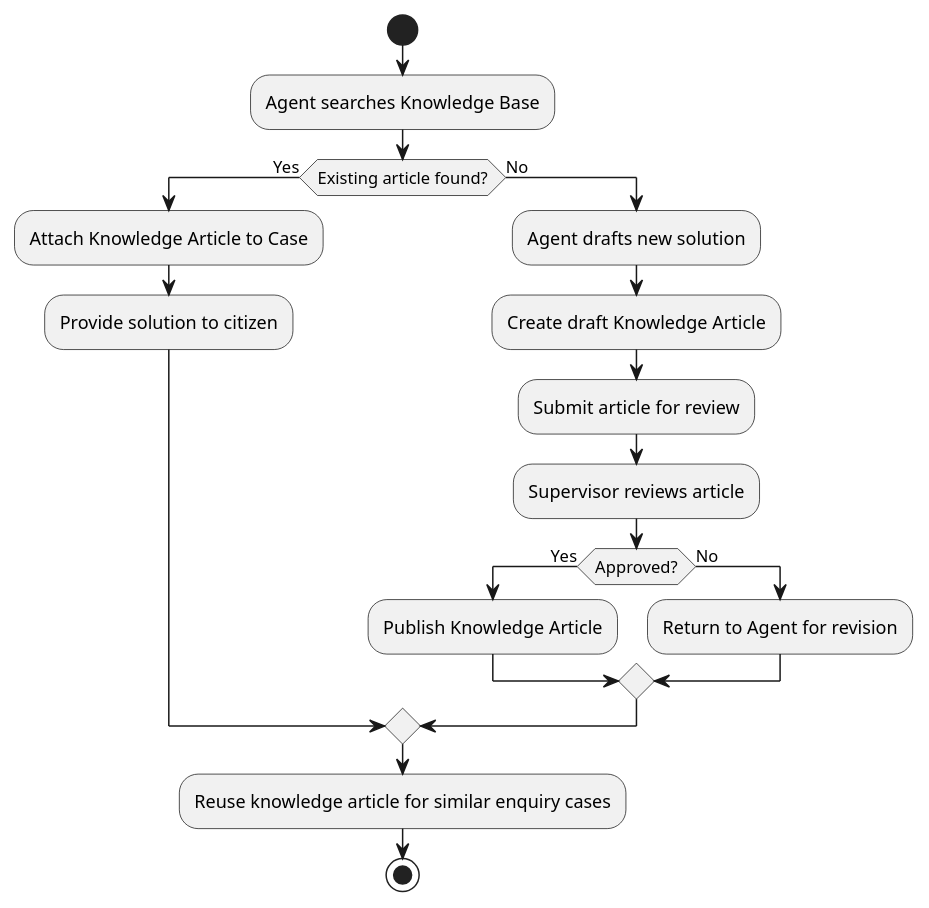
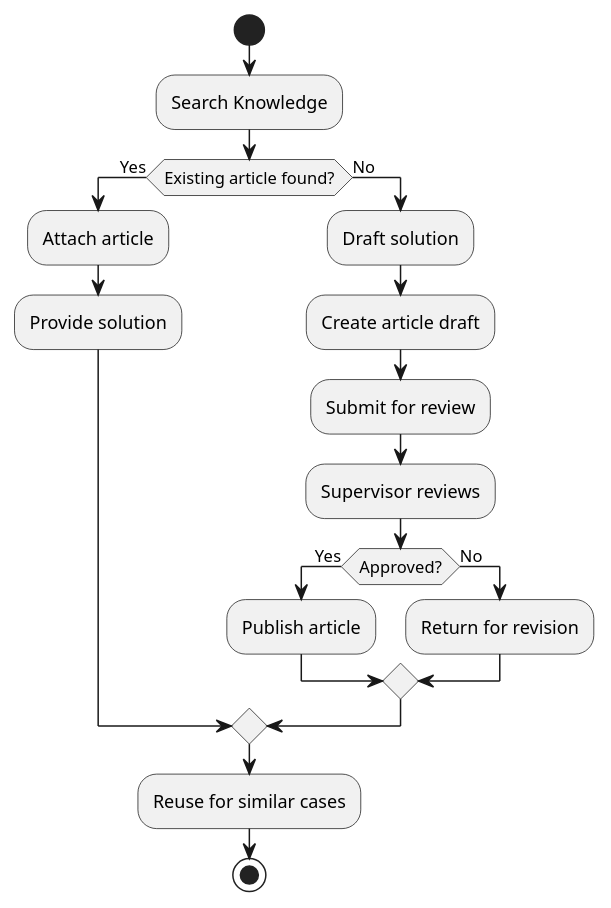
Before and after one commit to jimmytobing/virtusa: the diagram in puml task2/06.04 Knowledge Management Lifecycle.puml, drawn with PlantUML. The commit also changed 29 other files, not shown here.

```diff
--- a/puml task2/06.04 Knowledge Management Lifecycle.puml
+++ b/puml task2/06.04 Knowledge Management Lifecycle.puml
@@ -1,25 +1,25 @@
 @startuml
 start
 
-:Agent searches Knowledge Base;
+:Search Knowledge;
 
 if (Existing article found?) then (Yes)
-  :Attach Knowledge Article to Case;
-  :Provide solution to citizen;
+  :Attach article;
+  :Provide solution;
 else (No)
-  :Agent drafts new solution;
-  :Create draft Knowledge Article;
-  :Submit article for review;
-  :Supervisor reviews article;
+  :Draft solution;
+  :Create article draft;
+  :Submit for review;
+  :Supervisor reviews;
 
   if (Approved?) then (Yes)
-    :Publish Knowledge Article;
+    :Publish article;
   else (No)
-    :Return to Agent for revision;
+    :Return for revision;
   endif
 endif
 
-:Reuse knowledge article for similar enquiry cases;
+:Reuse for similar cases;
 
 stop
 @enduml
```
